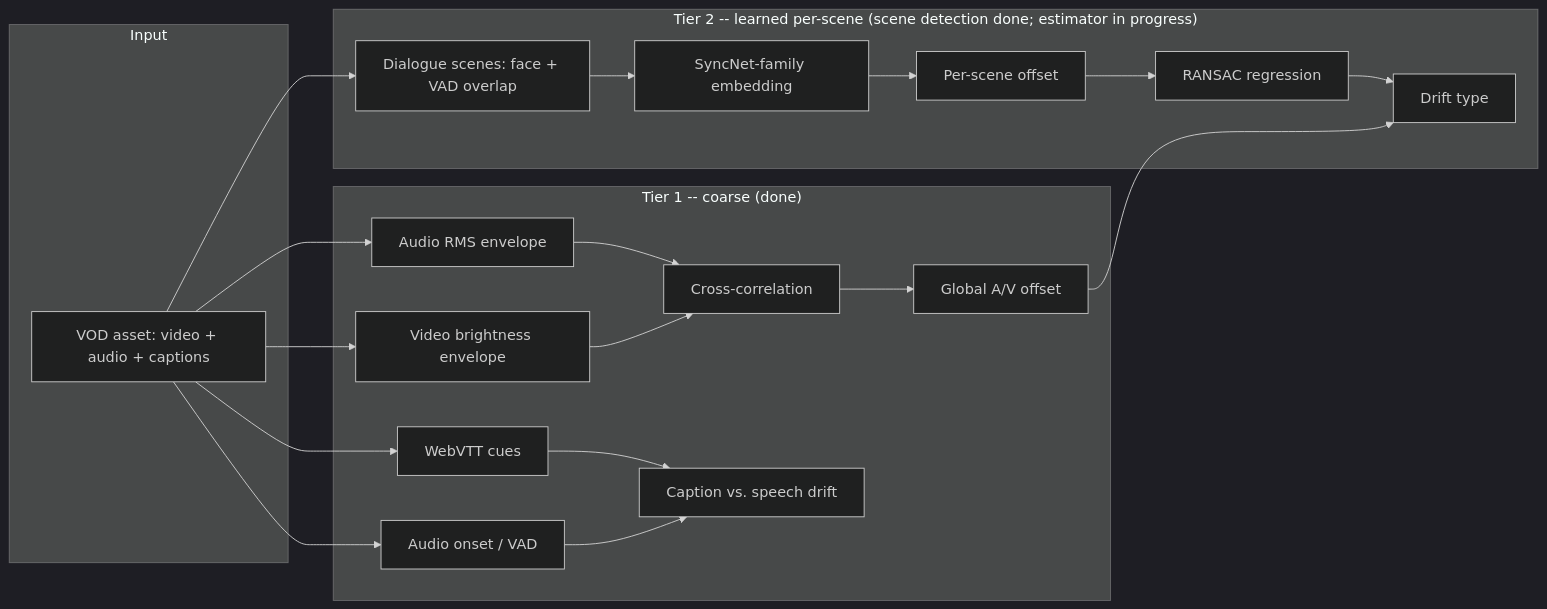
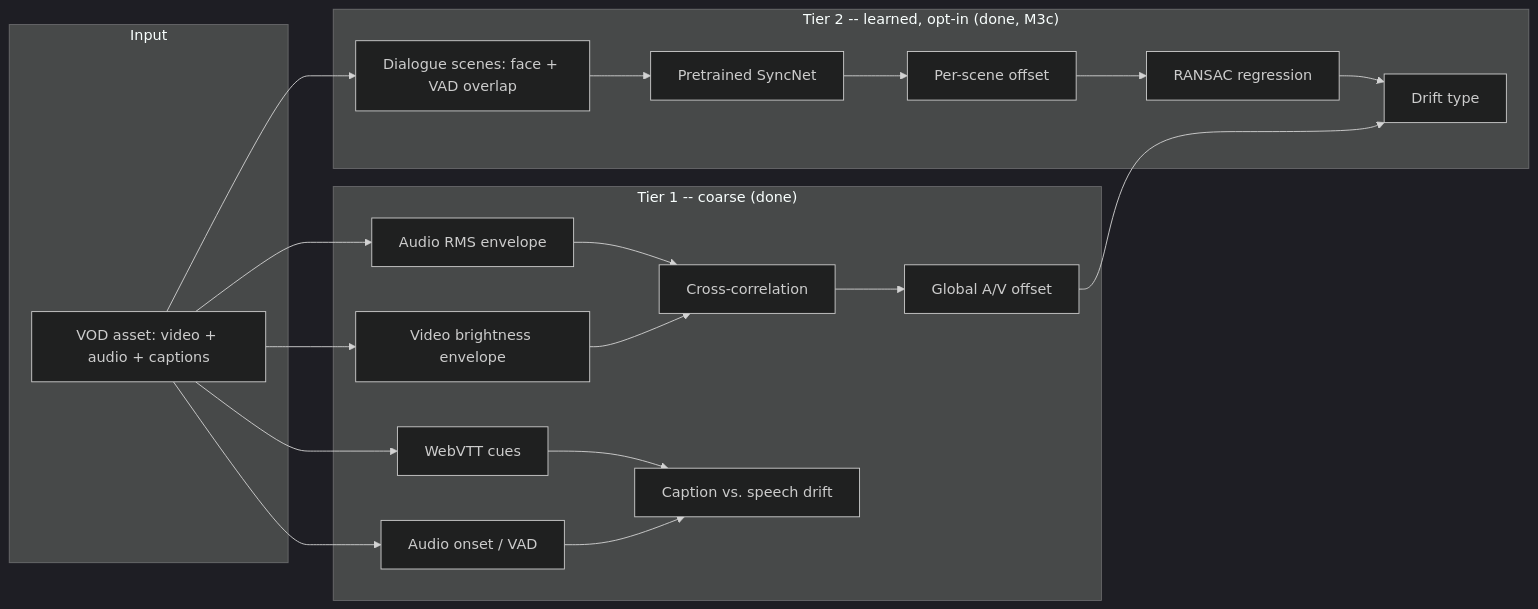
One commit to arjun-thekkethil11/syncsentry changed the diagram in README.md. Above: the diagram before and after it, drawn with Mermaid (dark theme). The commit also changed other lines of this file and 11 other files, not shown here.

Commit message:
M3c: pretrained SyncNet estimator (--use-syncnet), validated against known injected offsets on real content

````diff
--- a/README.md
+++ b/README.md
@@ -19,19 +19,19 @@
 ```mermaid
 flowchart LR
     subgraph Input
         V[VOD asset: video + audio + captions]
     end
     subgraph "Tier 1 -- coarse (done)"
         A[Audio RMS envelope] --> X[Cross-correlation]
         B[Video brightness envelope] --> X
         X --> O1[Global A/V offset]
         C[WebVTT cues] --> D[Caption vs. speech drift]
         E[Audio onset / VAD] --> D
     end
-    subgraph "Tier 2 -- learned per-scene (scene detection done; estimator in progress)"
-        F[Dialogue scenes: face + VAD overlap] --> G[SyncNet-family embedding]
+    subgraph "Tier 2 -- learned, opt-in (done, M3c)"
+        F[Dialogue scenes: face + VAD overlap] --> G[Pretrained SyncNet]
         G --> H[Per-scene offset] --> I[RANSAC regression] --> O3[Drift type]
     end
     V --> A & B & C & E & F
     O1 --> O3
 ```
````
